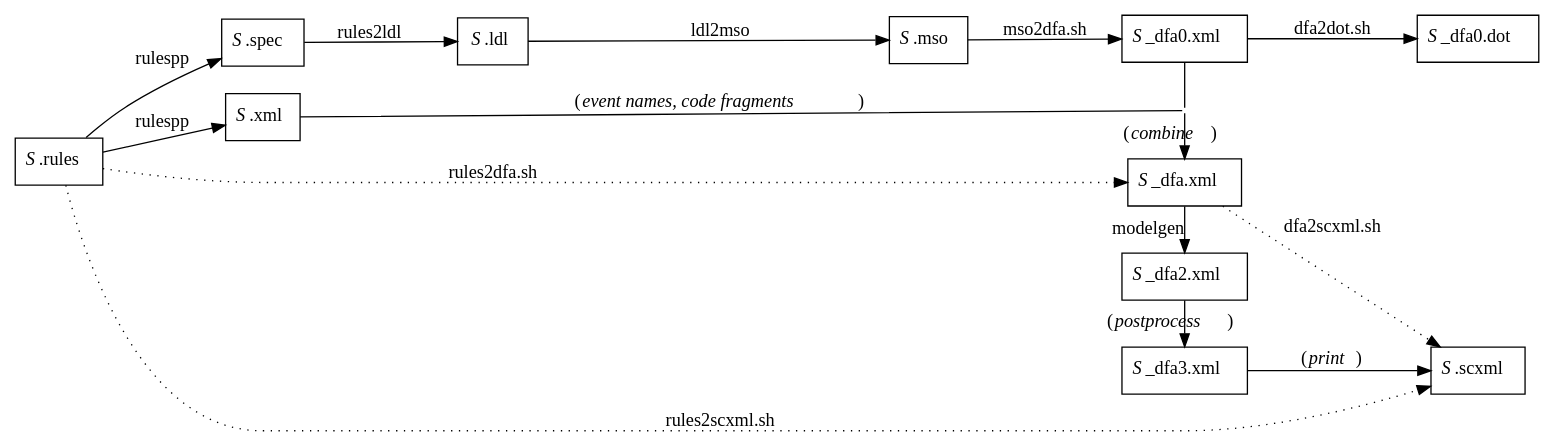
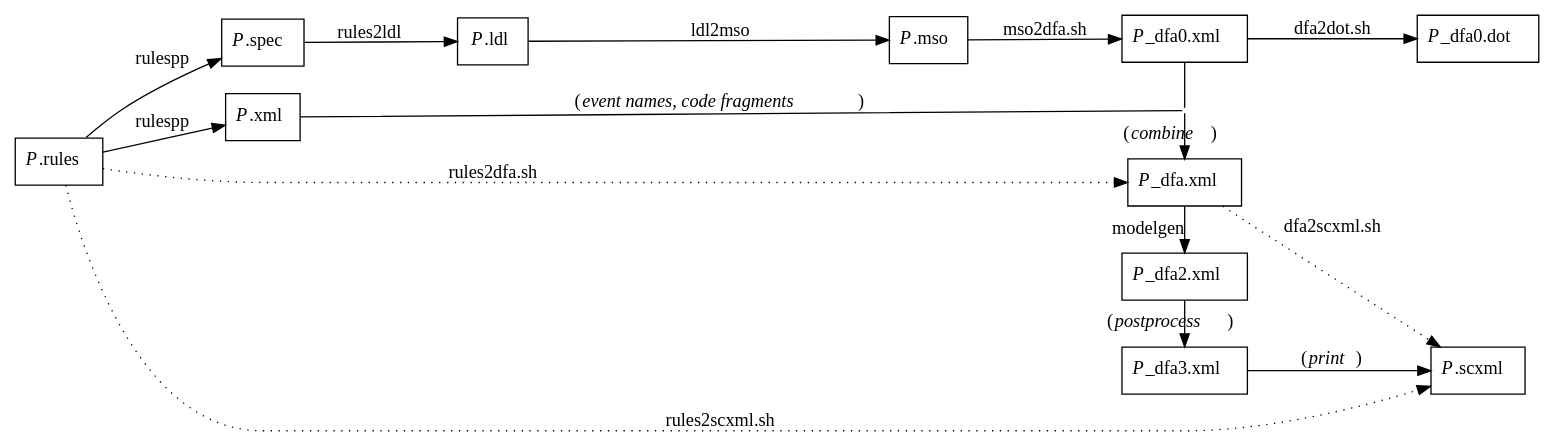
The diagram in tools/rules2scxml/docs/images/flow.dot (ldltools/dsl4sc), drawn with Graphviz before and after one commit. The commit also changed 6 other files, not shown here.

```diff
--- a/tools/rules2scxml/docs/images/flow.dot
+++ b/tools/rules2scxml/docs/images/flow.dot
@@ -1,64 +1,64 @@
 // $Id: flow.dot,v 1.1 2019/07/06 23:15:18 sato Exp sato $
 
 digraph flow {
   rankdir=LR
   node				[shape=box]
 
 // --------------------------------------------------------------------------------
 // file nodes
 // --------------------------------------------------------------------------------
-  rules				[label=<<I>S</I>.rules>]
+  rules				[label=<<I>P</I>.rules>]
 
   {rank=same
-   spec				[label=<<I>S</I>.spec>]
-   rules_xml			[label=<<I>S</I>.xml>]
+   spec				[label=<<I>P</I>.spec>]
+   rules_xml			[label=<<I>P</I>.xml>]
   }
 
-  ldl				[label=<<I>S</I>.ldl>]
+  ldl				[label=<<I>P</I>.ldl>]
 
   {rank=same
-   mso				[label=<<I>S</I>.mso>]
+   mso				[label=<<I>P</I>.mso>]
   }
 
   {rank=same
    rankdir=TB
-   dfa				[label=<<I>S</I>_dfa0.xml>]
+   dfa				[label=<<I>P</I>_dfa0.xml>]
    dummy1			[label="", shape=point, color=white]
-   dfa2				[label=<<I>S</I>_dfa.xml>]
-   dfa3				[label=<<I>S</I>_dfa2.xml>]
-   dfa4				[label=<<I>S</I>_dfa3.xml>]
+   dfa2				[label=<<I>P</I>_dfa.xml>]
+   dfa3				[label=<<I>P</I>_dfa2.xml>]
+   dfa4				[label=<<I>P</I>_dfa3.xml>]
   }
 
   {rank=same
-   dfadot			[label=<<I>S</I>_dfa0.dot>]
-   scxml			[label=<<I>S</I>.scxml>]
+   dfadot			[label=<<I>P</I>_dfa0.dot>]
+   scxml			[label=<<I>P</I>.scxml>]
   }
 
 // --------------------------------------------------------------------------------
 // flow
 // --------------------------------------------------------------------------------
 
 // rules
   rules -> spec			[label=rulespp]
   rules -> rules_xml		[label=rulespp]
 
   spec -> ldl			[label=rules2ldl]
   ldl -> mso			[label=ldl2mso]
   mso -> dfa			[label="mso2dfa.sh"]
   dfa -> dummy1			[arrowhead=none]
   dummy1 -> dfa2		[label=<(<I>combine</I>)>]
   dfa2 -> dfa3			[label="modelgen          ", labelfloat=true]
   dfa3 -> dfa4			[label=<(<I>postprocess</I>)>]
   dfa4 -> scxml			[label=<(<I>print</I>)>]
 
   rules_xml -> dummy1		[label=<(<I>event names, code fragments</I>)>, arrowhead=none]
 
 //
   dfa -> dfadot			[label="dfa2dot.sh"]
 
 //
   rules -> scxml		[label="rules2scxml.sh", style=dotted]
   rules -> dfa2			[label="rules2dfa.sh", style=dotted]
   dfa2 -> scxml			[label="dfa2scxml.sh", style=dotted]
 
 }
```
